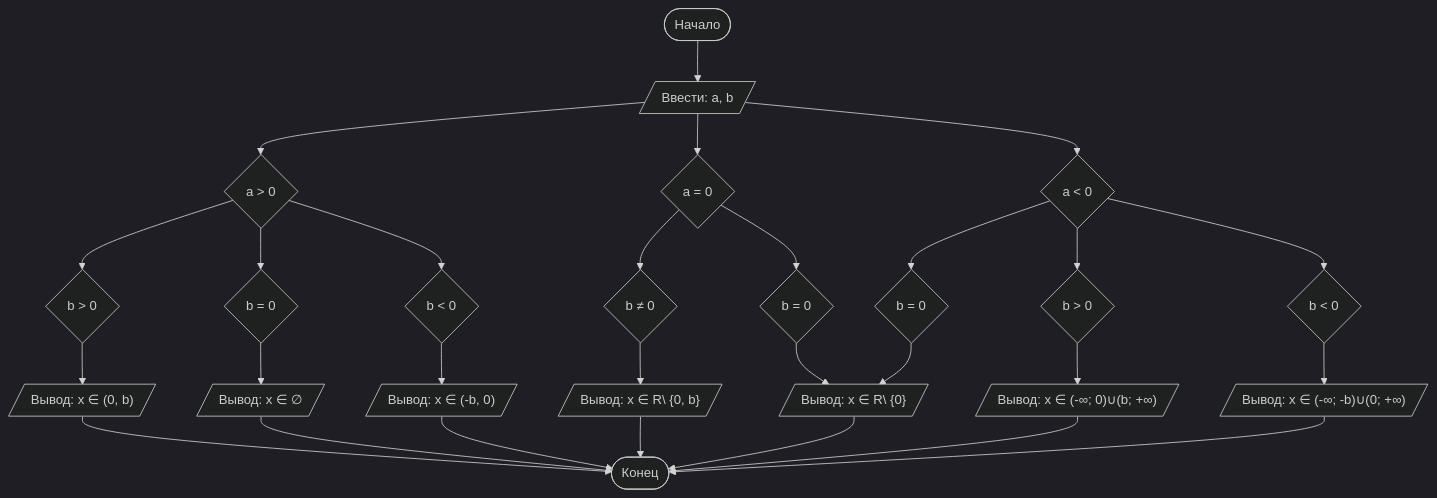
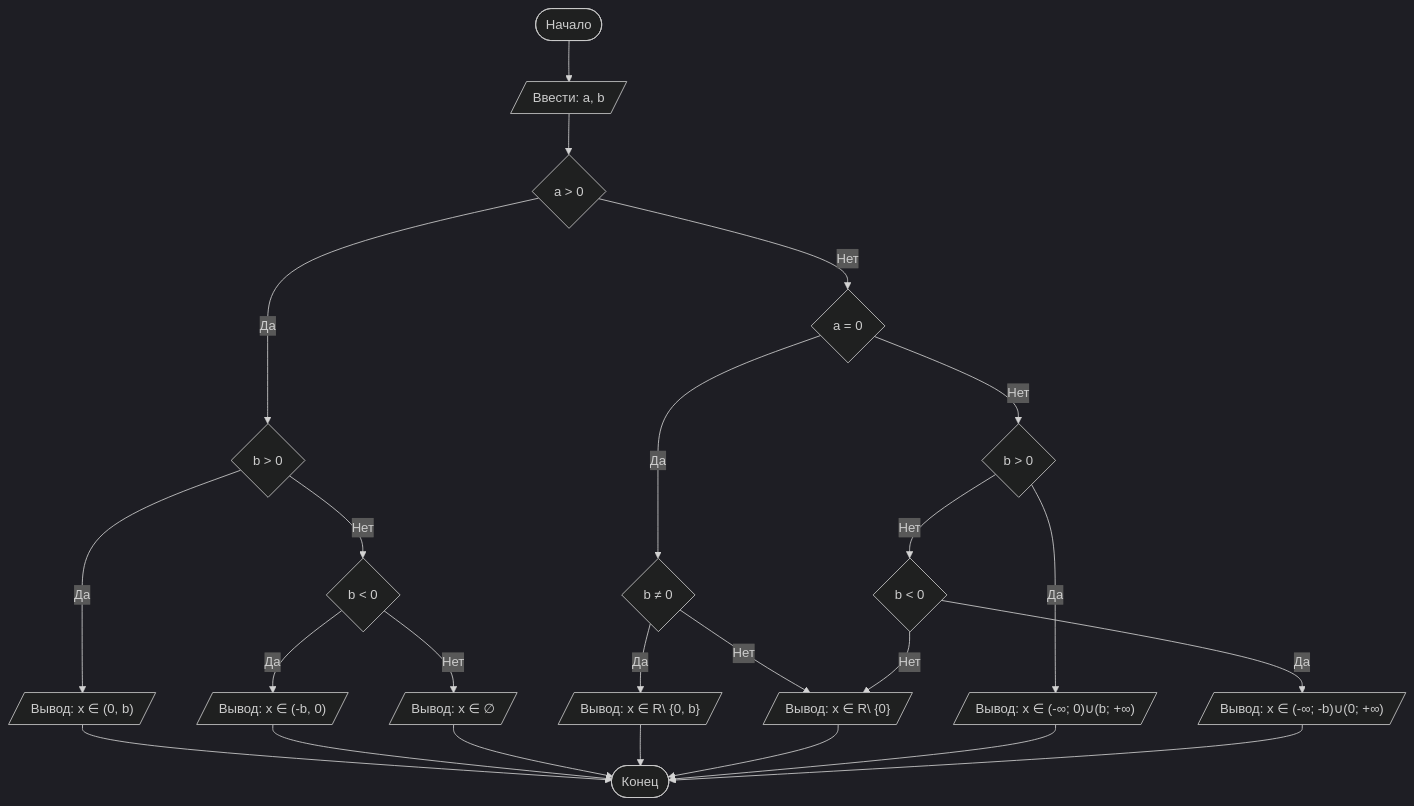
The diagram in README.md (anastasiapiluy/Lab1), drawn with Mermaid (dark theme) before and after one commit. The commit also changed other lines of this file, not shown here.

````diff
--- a/README.md
+++ b/README.md
@@ -80,31 +82,27 @@
 ```mermaid
 graph TD
     A([Начало]) --> B[/Ввести: a, b/]
     B --> C{a > 0}
-    B --> D{a = 0}
-    B --> E{a < 0}
-    C --> F{b > 0}
-    F --> a[/"Вывод: x ∈ (0, b)"/]
-    C --> G{b = 0}
-    G --> b[/"Вывод: x ∈ ∅"/]
-    C --> H{b < 0}
-    H --> c[/"Вывод: x ∈ (-b, 0)"/]
-    D --> I{b ≠ 0}
-    I --> d[/"Вывод: x ∈ R\ {0, b}"/]
-    D --> J{b = 0}
-    J --> e[/"Вывод: x ∈ R\ {0}"/]
-    E --> K{b > 0}
-    K --> f[/"Вывод: x ∈ (-∞; 0)∪(b; +∞)"/]
-    E --> L{b = 0}
-    L --> e
-    E --> M{b < 0}
-    M --> h[/"Вывод: x ∈ (-∞; -b)∪(0; +∞)"/]
+    C -- Нет --> D{a = 0}
+    C -- Да --> F{b > 0}
+    F -- Да --> a[/"Вывод: x ∈ (0, b)"/]
+    H -- Нет --> c[/"Вывод: x ∈ ∅"/]
+    F -- Нет --> H{b < 0}
+    H -- Да --> b[/"Вывод: x ∈ (-b, 0)"/]
+    D -- Да --> I{b ≠ 0}
+    I -- Да --> d[/"Вывод: x ∈ R\ {0, b}"/]
+    I -- Нет --> e[/"Вывод: x ∈ R\ {0}"/]
+    D -- Нет --> K{b > 0}
+    K -- Да --> M[/"Вывод: x ∈ (-∞; 0)∪(b; +∞)"/]
+    f -- Нет --> e
+    K -- Нет --> f{b < 0}
+    f -- Да --> h[/"Вывод: x ∈ (-∞; -b)∪(0; +∞)"/]
     a --> Z
     b --> Z
     c --> Z
     d --> Z
     e --> Z
-    f --> Z
+    M --> Z
     h --> Z([Конец])
 
 ```
````
